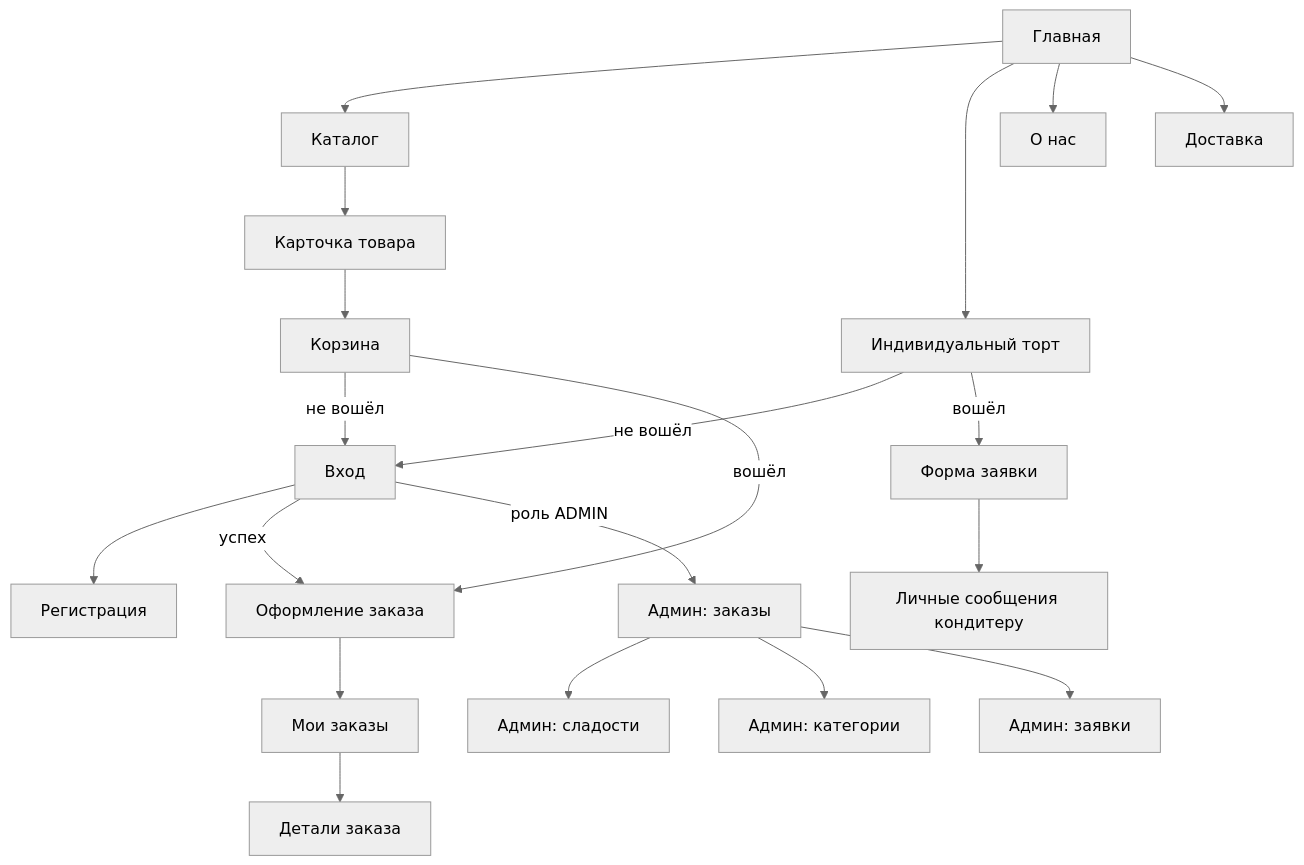
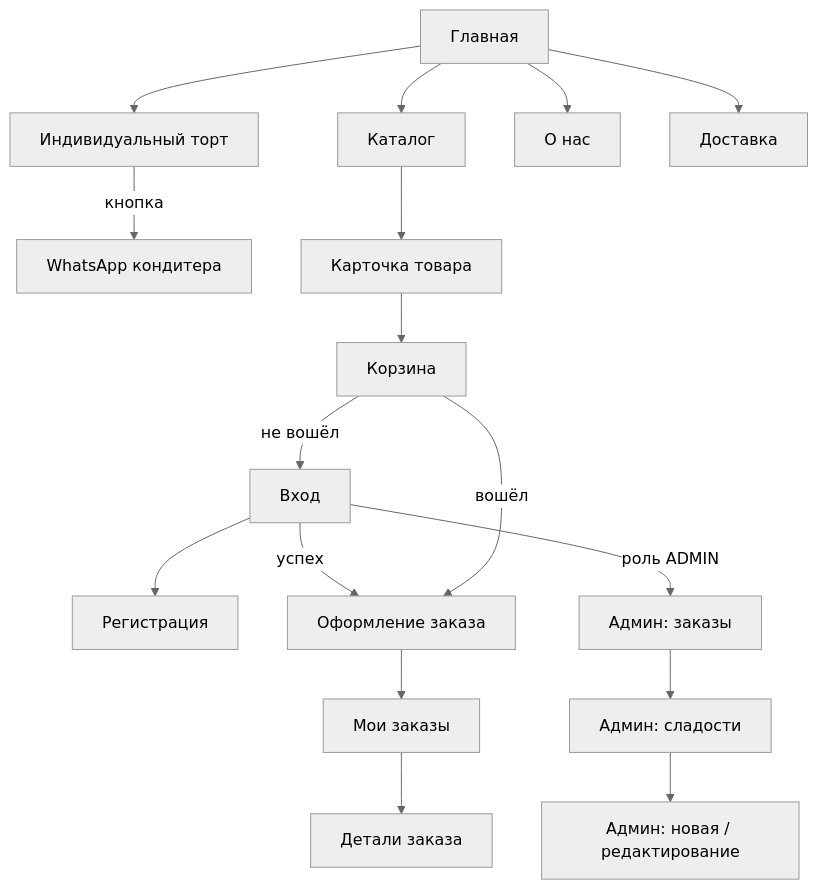
Before and after one commit to meyrummy/quiero: the second of 2 diagrams in architecture.md, drawn with Mermaid (neutral theme). The commit also changed other lines of this file and 1 other file, not shown here.

````diff
--- a/architecture.md
+++ b/architecture.md
@@ -572,22 +517,19 @@
 ```mermaid
 flowchart TD
     Home["Главная"] --> Catalog["Каталог"]
     Home --> Custom["Индивидуальный торт"]
     Home --> About["О нас"]
     Home --> Delivery["Доставка"]
+    Custom -->|кнопка| WhatsApp["WhatsApp кондитера"]
     Catalog --> Card["Карточка товара"]
     Card --> Cart["Корзина"]
     Cart -->|не вошёл| Login["Вход"]
     Login --> Register["Регистрация"]
     Login -->|успех| Checkout["Оформление заказа"]
     Cart -->|вошёл| Checkout
     Checkout --> MyOrders["Мои заказы"]
     MyOrders --> OrderDetails["Детали заказа"]
-    Custom -->|не вошёл| Login
-    Custom -->|вошёл| RequestForm["Форма заявки"]
-    RequestForm --> Messenger["Личные сообщения кондитеру"]
     Login -->|роль ADMIN| AdminOrders["Админ: заказы"]
     AdminOrders --> AdminProducts["Админ: сладости"]
-    AdminOrders --> AdminCategories["Админ: категории"]
-    AdminOrders --> AdminRequests["Админ: заявки"]
+    AdminProducts --> AdminForm["Админ: новая / редактирование"]
 ```
````
